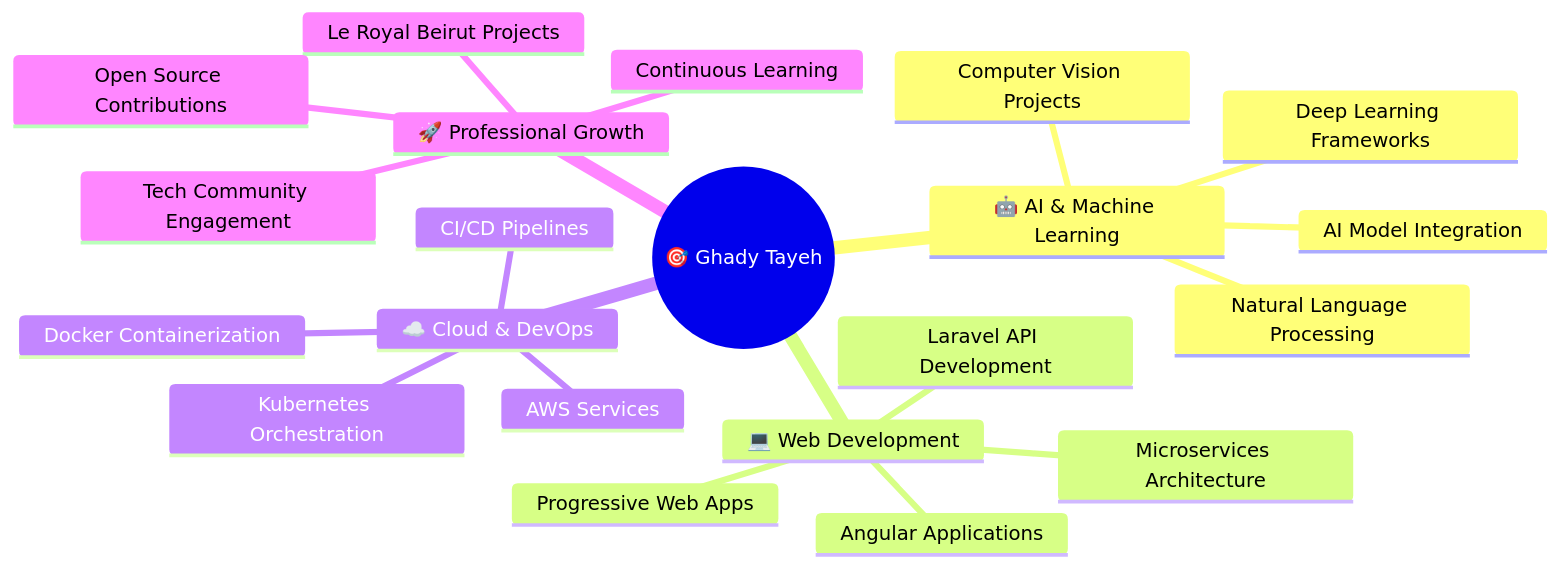
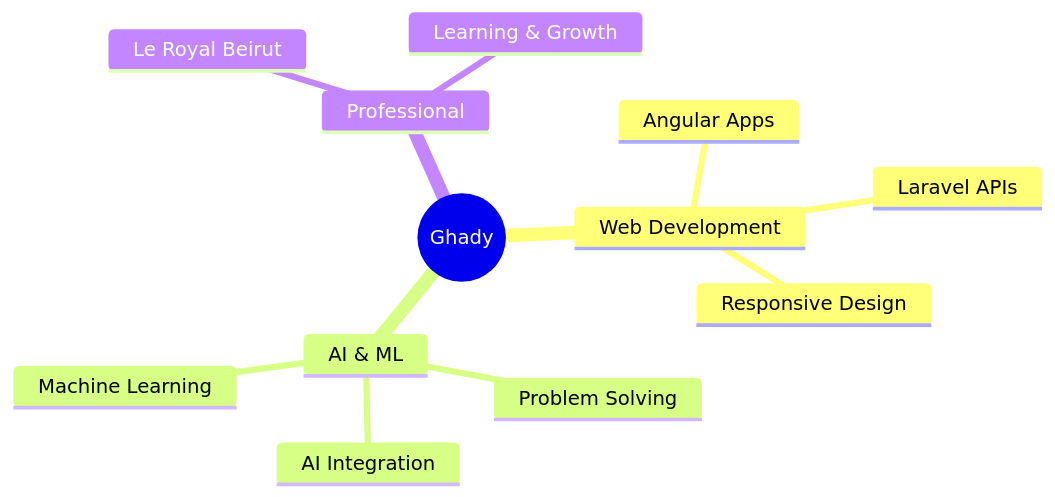
Before and after one commit to ghady7/ghady7: the diagram in README.md, drawn with Mermaid. The commit also changed other lines of this file, not shown here.

````diff
--- a/README.md
+++ b/README.md
@@ -268,24 +207,15 @@
 ```mermaid
 mindmap
-  root((🎯 Ghady Tayeh))
-    🤖 AI & Machine Learning
-      Deep Learning Frameworks
-      Natural Language Processing
-      Computer Vision Projects
-      AI Model Integration
-    💻 Web Development
-      Angular Applications
-      Laravel API Development
-      Microservices Architecture
-      Progressive Web Apps
-    ☁️ Cloud & DevOps
-      AWS Services
-      Docker Containerization
-      CI/CD Pipelines
-      Kubernetes Orchestration
-    🚀 Professional Growth
-      Le Royal Beirut Projects
-      Open Source Contributions
-      Tech Community Engagement
-      Continuous Learning
+  root((Ghady))
+    Web Development
+      Angular Apps
+      Laravel APIs
+      Responsive Design
+    AI & ML
+      Machine Learning
+      AI Integration
+      Problem Solving
+    Professional
+      Le Royal Beirut
+      Learning & Growth
 ```
````
